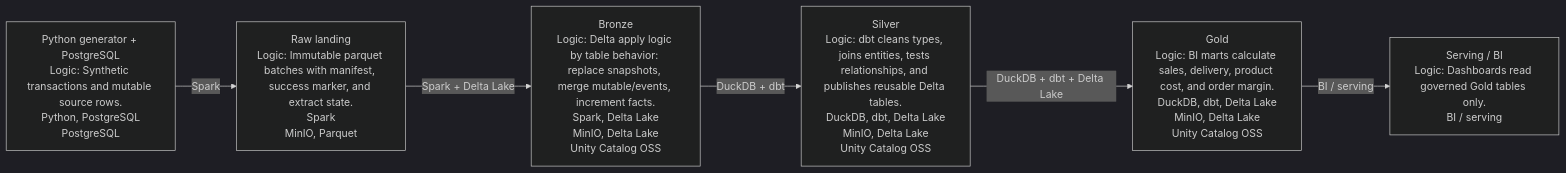
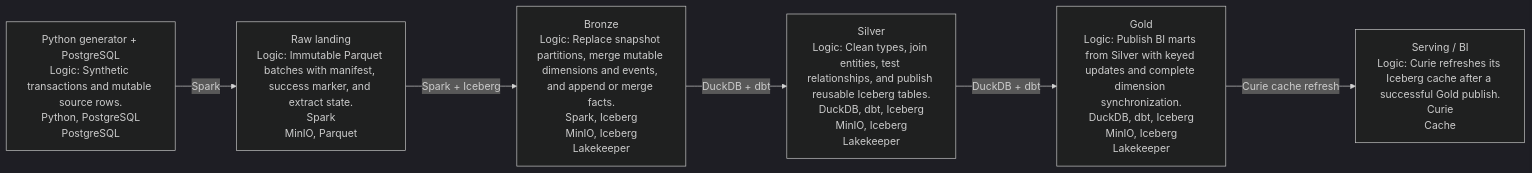
The diagram in docs/dataflow/diagrams/project_dataflow.mmd (AntonMiniazev/ampere_project), drawn with Mermaid (dark theme) before and after one commit. The commit also changed 165 other files, not shown here.

Commit message:
feat(iceberg): complete Iceberg-only pipeline cutover

```diff
--- a/docs/dataflow/diagrams/project_dataflow.mmd
+++ b/docs/dataflow/diagrams/project_dataflow.mmd
@@ -1,13 +1,13 @@
 flowchart LR
     L_SOURCE["Python generator + PostgreSQL<br/>Logic: Synthetic transactions and mutable source rows.<br/>Python, PostgreSQL<br/>PostgreSQL"]
-    L_RAW["Raw landing<br/>Logic: Immutable parquet batches with manifest, success marker, and extract state.<br/>Spark<br/>MinIO, Parquet"]
-    L_BRONZE["Bronze<br/>Logic: Delta apply logic by table behavior: replace snapshots, merge mutable/events, increment facts.<br/>Spark, Delta Lake<br/>MinIO, Delta Lake<br/>Unity Catalog OSS"]
-    L_SILVER["Silver<br/>Logic: dbt cleans types, joins entities, tests relationships, and publishes reusable Delta tables.<br/>DuckDB, dbt, Delta Lake<br/>MinIO, Delta Lake<br/>Unity Catalog OSS"]
-    L_GOLD["Gold<br/>Logic: BI marts calculate sales, delivery, product cost, and order margin.<br/>DuckDB, dbt, Delta Lake<br/>MinIO, Delta Lake<br/>Unity Catalog OSS"]
-    L_SERVING["Serving / BI<br/>Logic: Dashboards read governed Gold tables only.<br/>BI / serving"]
+    L_RAW["Raw landing<br/>Logic: Immutable Parquet batches with manifest, success marker, and extract state.<br/>Spark<br/>MinIO, Parquet"]
+    L_BRONZE["Bronze<br/>Logic: Replace snapshot partitions, merge mutable dimensions and events, and append or merge facts.<br/>Spark, Iceberg<br/>MinIO, Iceberg<br/>Lakekeeper"]
+    L_SILVER["Silver<br/>Logic: Clean types, join entities, test relationships, and publish reusable Iceberg tables.<br/>DuckDB, dbt, Iceberg<br/>MinIO, Iceberg<br/>Lakekeeper"]
+    L_GOLD["Gold<br/>Logic: Publish BI marts from Silver with keyed updates and complete dimension synchronization.<br/>DuckDB, dbt, Iceberg<br/>MinIO, Iceberg<br/>Lakekeeper"]
+    L_SERVING["Serving / BI<br/>Logic: Curie refreshes its Iceberg cache after a successful Gold publish.<br/>Curie<br/>Cache"]
 
     L_SOURCE -->|"Spark"| L_RAW
-    L_RAW -->|"Spark + Delta Lake"| L_BRONZE
+    L_RAW -->|"Spark + Iceberg"| L_BRONZE
     L_BRONZE -->|"DuckDB + dbt"| L_SILVER
-    L_SILVER -->|"DuckDB + dbt + Delta Lake"| L_GOLD
-    L_GOLD -->|"BI / serving"| L_SERVING
+    L_SILVER -->|"DuckDB + dbt"| L_GOLD
+    L_GOLD -->|"Curie cache refresh"| L_SERVING
```
